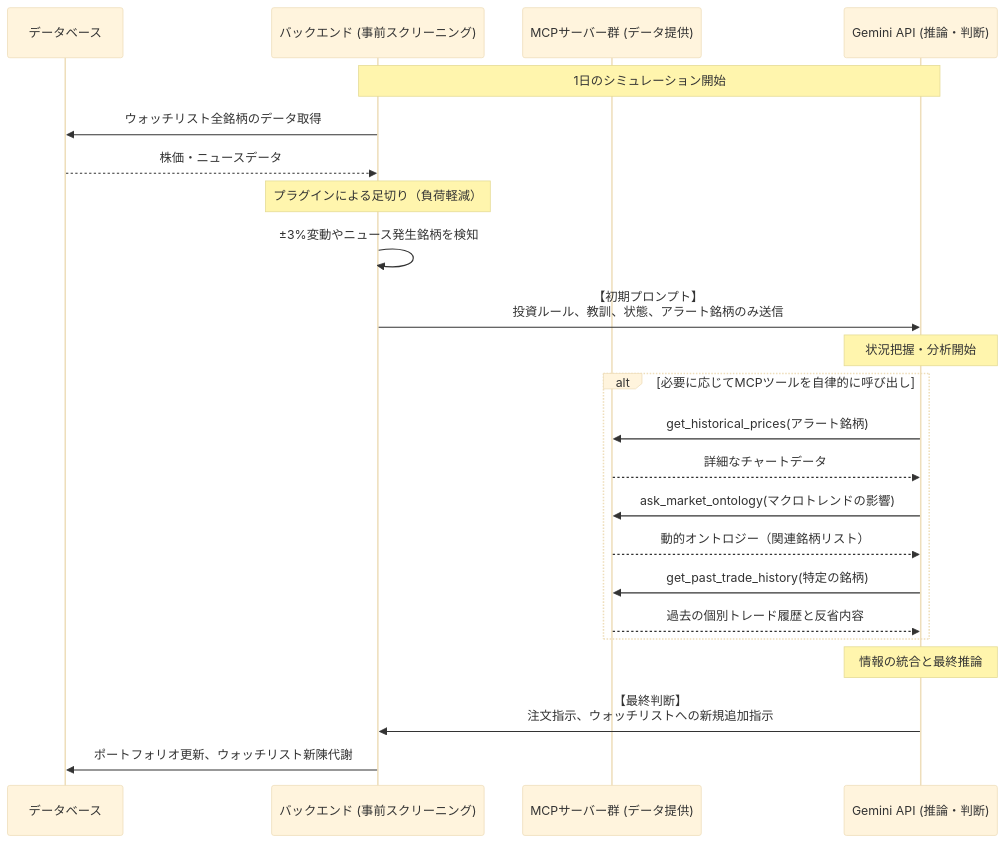
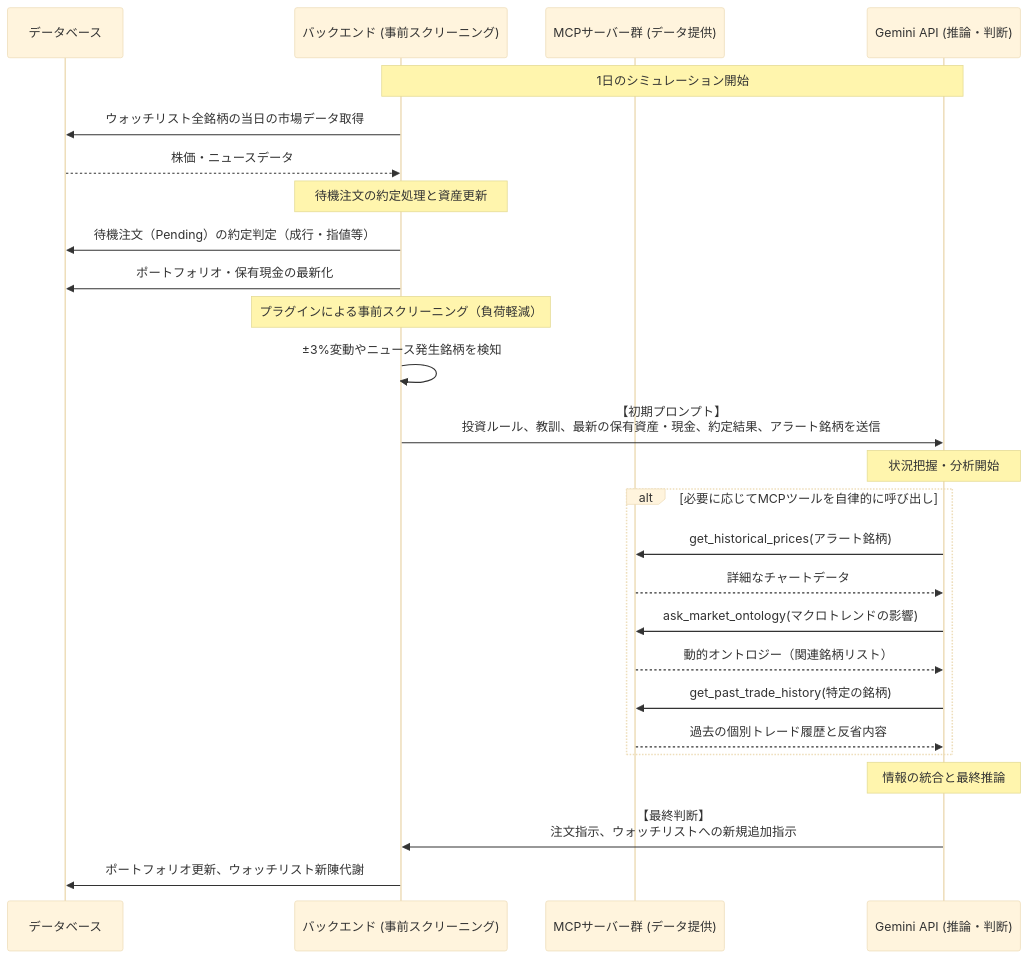
One commit to toraponta/trader2 changed the third of 5 diagrams in docs/specs/spec.md. Above: the diagram before and after it, drawn with Mermaid (base theme). The commit also changed other lines of this file and 1 other file, not shown here.

Commit message:
docs: update data schema definitions and project specifications

````diff
--- a/docs/specs/spec.md
+++ b/docs/specs/spec.md
@@ -83,33 +94,37 @@
 ```mermaid
 sequenceDiagram
     participant DB as データベース
     participant BE as バックエンド (事前スクリーニング)
     participant MCP as MCPサーバー群 (データ提供)
     participant AI as Gemini API (推論・判断)
 
     Note over BE,AI: 1日のシミュレーション開始
-    BE->>DB: ウォッチリスト全銘柄のデータ取得
+    BE->>DB: ウォッチリスト全銘柄の当日の市場データ取得
     DB-->>BE: 株価・ニュースデータ
     
-    Note over BE: プラグインによる足切り（負荷軽減）
+    Note over BE: 待機注文の約定処理と資産更新
+    BE->>DB: 待機注文（Pending）の約定判定（成行・指値等）
+    BE->>DB: ポートフォリオ・保有現金の最新化
+    
+    Note over BE: プラグインによる事前スクリーニング（負荷軽減）
     BE->>BE: ±3%変動やニュース発生銘柄を検知
     
-    BE->>AI: 【初期プロンプト】<br/>投資ルール、教訓、状態、アラート銘柄のみ送信
+    BE->>AI: 【初期プロンプト】<br/>投資ルール、教訓、最新の保有資産・現金、約定結果、アラート銘柄を送信
     
     Note over AI: 状況把握・分析開始
     
     alt 必要に応じてMCPツールを自律的に呼び出し
         AI->>MCP: get_historical_prices(アラート銘柄)
         MCP-->>AI: 詳細なチャートデータ
         AI->>MCP: ask_market_ontology(マクロトレンドの影響)
         MCP-->>AI: 動的オントロジー（関連銘柄リスト）
         AI->>MCP: get_past_trade_history(特定の銘柄)
         MCP-->>AI: 過去の個別トレード履歴と反省内容
     end
     
     Note over AI: 情報の統合と最終推論
     
     AI->>BE: 【最終判断】<br/>注文指示、ウォッチリストへの新規追加指示
     
     BE->>DB: ポートフォリオ更新、ウォッチリスト新陳代謝
 ```
````
